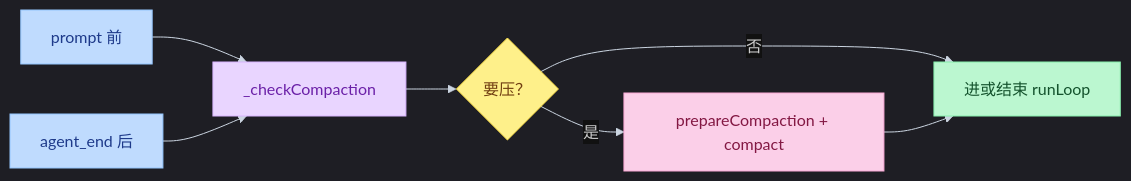
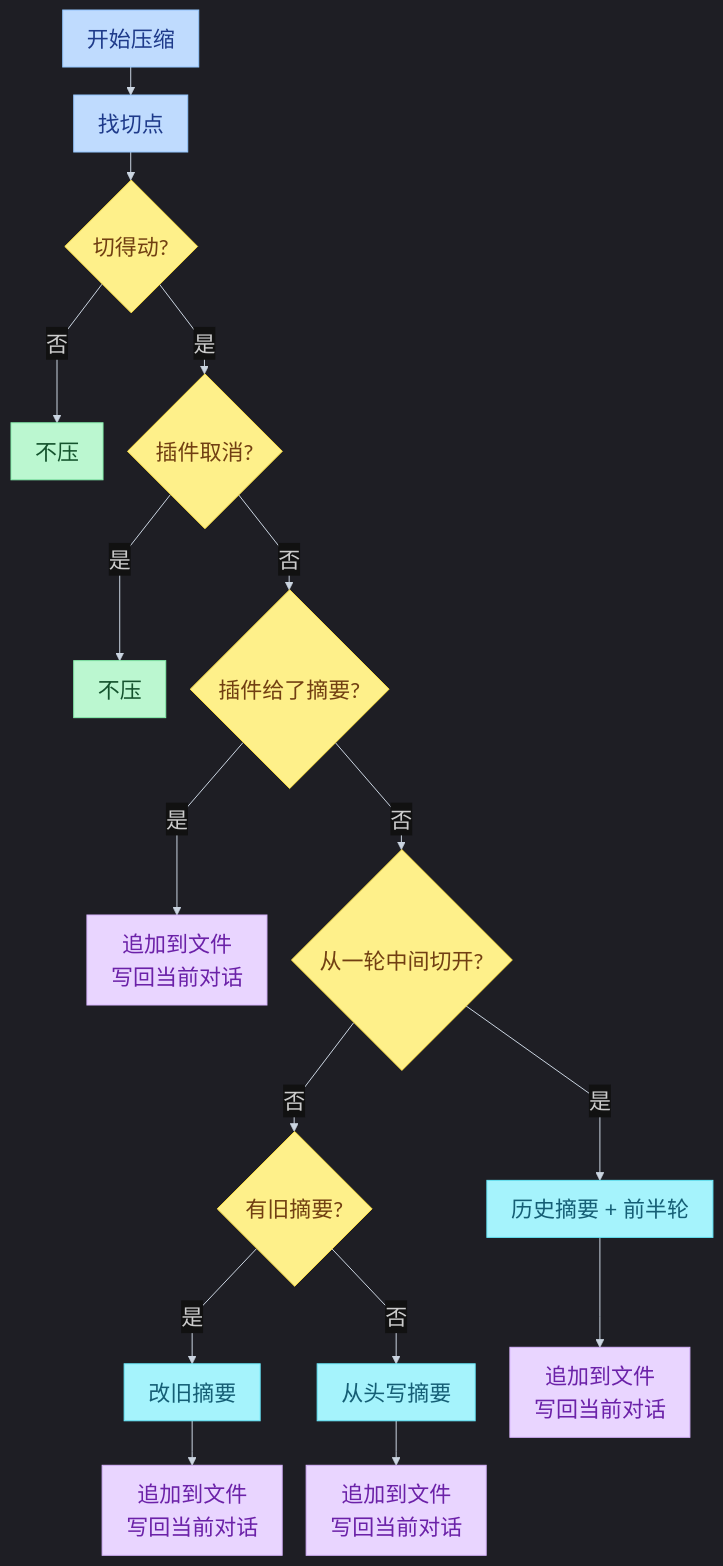
The first of 3 diagrams in 13-pi-agent/05-compaction.md (juliepy/AI-Engineer-from-scrach), drawn with Mermaid before and after one commit. The commit also changed other lines of this file and 4 other files, not shown here.

Commit message:
Rewrite Pi sessions through Interactive notes around source call traces and three-layer diagrams.

````diff
--- a/13-pi-agent/05-compaction.md
+++ b/13-pi-agent/05-compaction.md
@@ -35,22 +45,31 @@
 ```mermaid
-%%{init: {"theme": "dark", "themeVariables": {"fontSize": "16px", "background": "#000000", "lineColor": "#CBD5E1", "clusterBkg": "#111111", "clusterBorder": "#C4B5FD", "titleColor": "#FDE68A", "edgeLabelBackground": "#111111"}}}%%
-flowchart LR
-    A["prompt 前"] --> C["_checkCompaction"]
-    B["agent_end 后"] --> C
-    C --> D{"要压？"}
-    D -->|"是"| E["prepareCompaction + compact"]
-    D -->|"否"| F["进或结束 runLoop"]
-    E --> F
+%%{init: {"theme": "dark", "flowchart": {"curve": "linear", "rankSpacing": 28, "nodeSpacing": 24, "padding": 12, "useMaxWidth": false, "htmlLabels": true}, "themeVariables": {"fontSize": "22px", "background": "#000000", "lineColor": "#CBD5E1", "edgeLabelBackground": "#111111"}, "themeCSS": ".nodeLabel,.label,span{font-size:22px!important}"}}%%
+flowchart TB
+    RUN["开始压缩"] --> PRE["找切点"]
+    PRE --> OK{"切得动?"}
+    OK -->|否| N1["不压"]
+    OK -->|是| EXT{"插件取消?"}
+    EXT -->|是| N2["不压"]
+    EXT -->|否| CUST{"插件给了摘要?"}
+    CUST -->|是| A1["追加到文件<br/>写回当前对话"]
+    CUST -->|否| MID{"从一轮中间切开?"}
+    MID -->|是| TP["历史摘要 + 前半轮"]
+    MID -->|否| OLD{"有旧摘要?"}
+    OLD -->|是| UPD["改旧摘要"]
+    OLD -->|否| NEW["从头写摘要"]
+    TP --> A2["追加到文件<br/>写回当前对话"]
+    UPD --> A3["追加到文件<br/>写回当前对话"]
+    NEW --> A4["追加到文件<br/>写回当前对话"]
 
-    classDef t fill:#BFDBFE,stroke:#93C5FD,color:#1E3A8A
-    classDef c fill:#E9D5FF,stroke:#D8B4FE,color:#6B21A8
-    classDef d fill:#FEF08A,stroke:#FDE047,color:#713F12
-    classDef do fill:#FBCFE8,stroke:#F9A8D4,color:#831843
-    classDef ok fill:#BBF7D0,stroke:#86EFAC,color:#14532D
+    classDef start fill:#BFDBFE,stroke:#93C5FD,color:#1E3A8A,font-size:22px
+    classDef step fill:#A5F3FC,stroke:#67E8F9,color:#155E75,font-size:22px
+    classDef dec fill:#FEF08A,stroke:#FDE047,color:#713F12,font-size:22px
+    classDef prod fill:#E9D5FF,stroke:#D8B4FE,color:#6B21A8,font-size:22px
+    classDef ok fill:#BBF7D0,stroke:#86EFAC,color:#14532D,font-size:22px
 
-    class A,B t
-    class C c
-    class D d
-    class E do
-    class F ok
+    class RUN,PRE start
+    class TP,UPD,NEW step
+    class OK,EXT,CUST,MID,OLD dec
+    class A1,A2,A3,A4 prod
+    class N1,N2 ok
 ```
````
